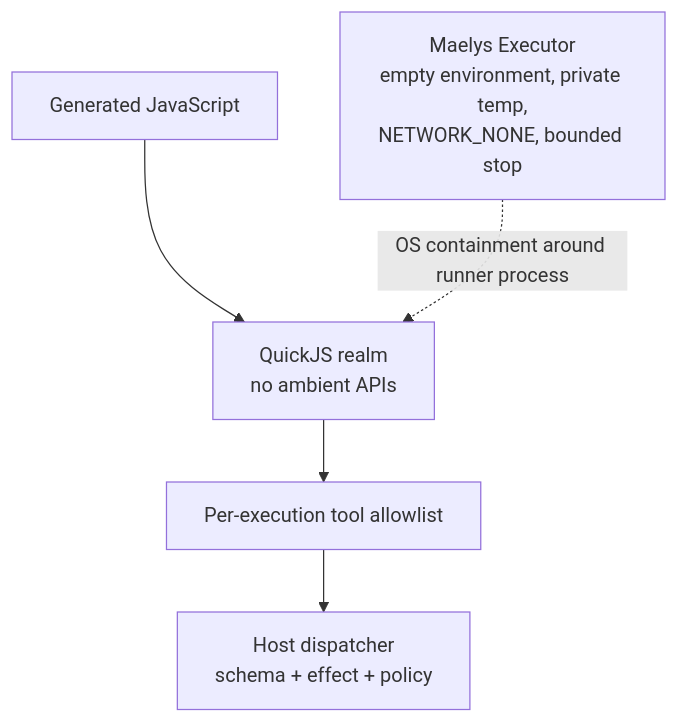
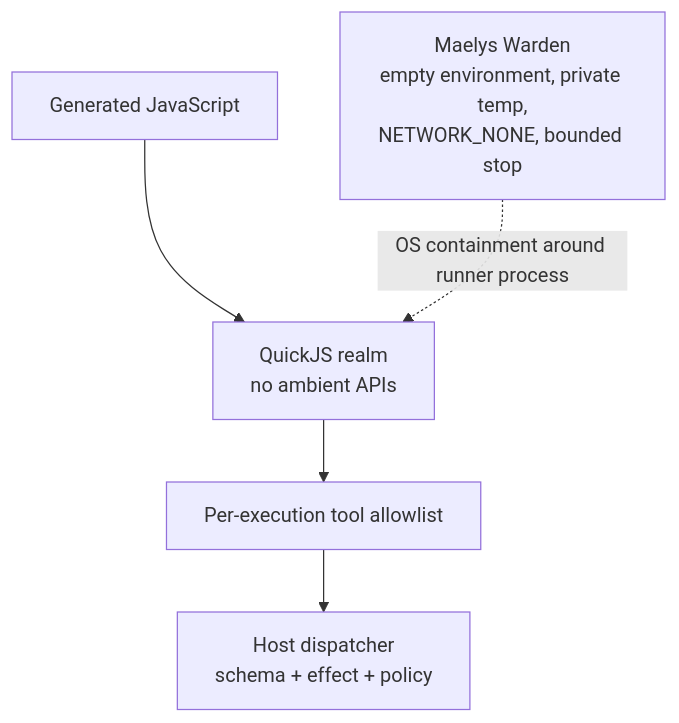
Before and after one commit to maelys-dev/maelys-code-runner: the fifth of 5 diagrams in docs/quickjs-runner.md, drawn with Mermaid. The commit also changed other lines of this file and 6 other files, not shown here.

First line of the commit message:
docs: adopt Maelys Warden integration

````diff
--- a/docs/quickjs-runner.md
+++ b/docs/quickjs-runner.md
@@ -216,11 +216,11 @@
 ```mermaid
 flowchart TB
     J["Generated JavaScript"]
     Q["QuickJS realm<br/>no ambient APIs"]
     W["Per-execution tool allowlist"]
     H["Host dispatcher<br/>schema + effect + policy"]
-    X["Maelys Executor<br/>empty environment, private temp,<br/>NETWORK_NONE, bounded stop"]
+    X["Maelys Warden<br/>empty environment, private temp,<br/>NETWORK_NONE, bounded stop"]
 
     J --> Q --> W --> H
     X -.->|OS containment around runner process| Q
 ```
````
